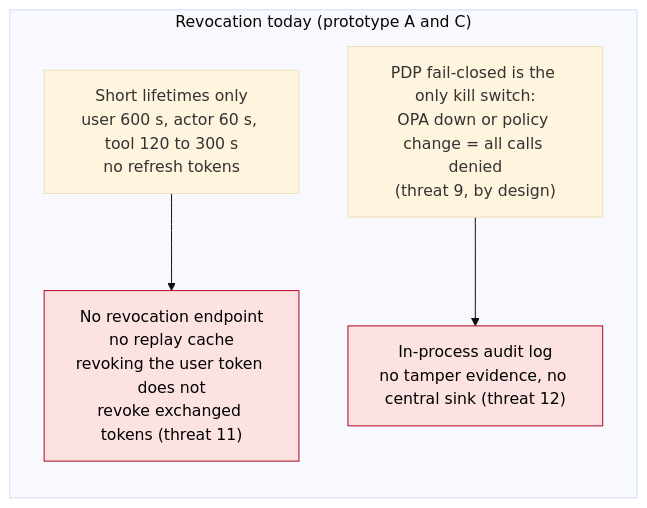
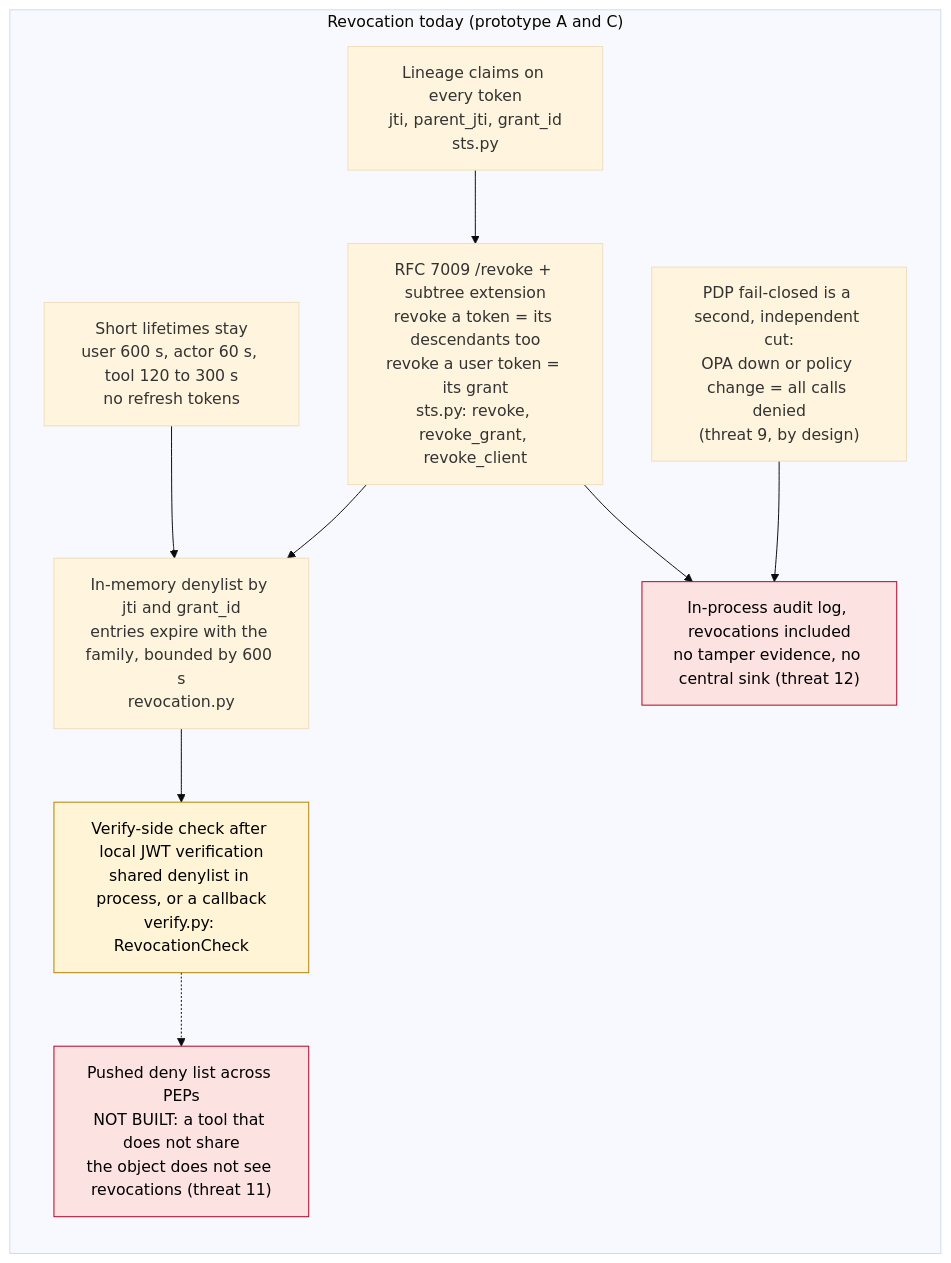
One commit to ianisms/ai-orchestrator changed the fourth of 5 diagrams in security/DIAGRAMS.md. Above: the diagram before and after it, drawn with Mermaid (base theme). The commit also changed other lines of this file and 8 other files, not shown here.

First line of the commit message:
feat(security): RFC 7009 revocation with lineage, closes the exchanged-token gap (threat 11)

````diff
--- a/security/DIAGRAMS.md
+++ b/security/DIAGRAMS.md
@@ -180,13 +180,22 @@
 ```mermaid
 flowchart LR
     subgraph Today["Revocation today (prototype A and C)"]
-        TTL["Short lifetimes only<br/>user 600 s, actor 60 s, tool 120 to 300 s<br/>no refresh tokens"]
-        NOREV["No revocation endpoint<br/>no replay cache<br/>revoking the user token does not<br/>revoke exchanged tokens (threat 11)"]
-        PDPX["PDP fail-closed is the only kill switch:<br/>OPA down or policy change = all calls denied<br/>(threat 9, by design)"]
-        LOG["In-process audit log<br/>no tamper evidence, no central sink (threat 12)"]
+        TTL["Short lifetimes stay<br/>user 600 s, actor 60 s, tool 120 to 300 s<br/>no refresh tokens"]
+        LIN["Lineage claims on every token<br/>jti, parent_jti, grant_id<br/>sts.py"]
+        REV["RFC 7009 /revoke + subtree extension<br/>revoke a token = its descendants too<br/>revoke a user token = its grant<br/>sts.py: revoke, revoke_grant, revoke_client"]
+        DENY["In-memory denylist by jti and grant_id<br/>entries expire with the family, bounded by 600 s<br/>revocation.py"]
+        HOOK["Verify-side check after local JWT verification<br/>shared denylist in process, or a callback<br/>verify.py: RevocationCheck"]
+        PUSH["Pushed deny list across PEPs<br/>NOT BUILT: a tool that does not share<br/>the object does not see revocations (threat 11)"]
+        PDPX["PDP fail-closed is a second, independent cut:<br/>OPA down or policy change = all calls denied<br/>(threat 9, by design)"]
+        LOG["In-process audit log, revocations included<br/>no tamper evidence, no central sink (threat 12)"]
     end
-    TTL --> NOREV
+    LIN --> REV --> DENY --> HOOK
+    HOOK -.-> PUSH
+    TTL --> DENY
     PDPX --> LOG
+    REV --> LOG
     classDef gap fill:#fde2e2,stroke:#b00020,color:#000;
-    class NOREV,LOG gap;
+    classDef partial fill:#fff4d6,stroke:#b58100,color:#000;
+    class PUSH,LOG gap;
+    class HOOK partial;
 ```
````
